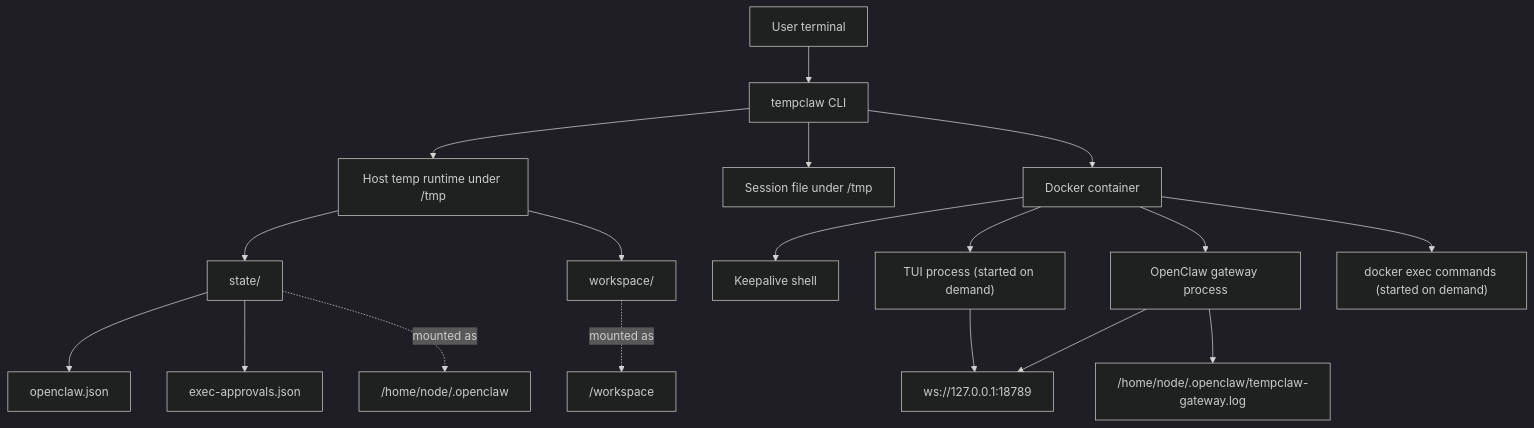
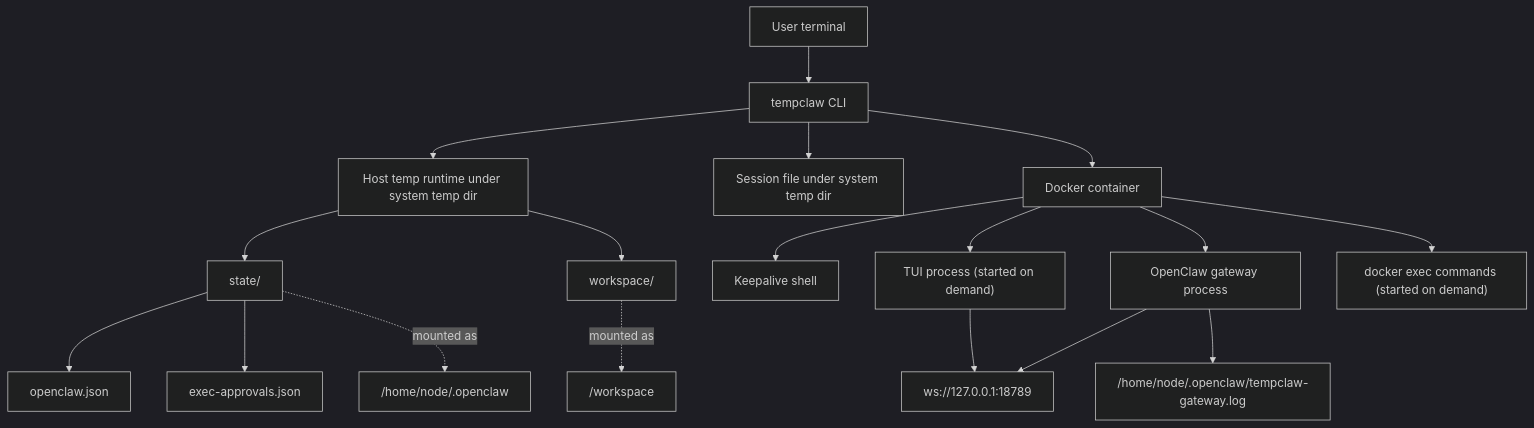
One commit to ziyincody/tempclaw changed the first of 2 diagrams in docs/persistent-sandbox-flow.md. Above: the diagram before and after it, drawn with Mermaid (dark theme). The commit also changed other lines of this file and 1 other file, not shown here.

Commit message:
Fix persistent flow doc review feedback

````diff
--- a/docs/persistent-sandbox-flow.md
+++ b/docs/persistent-sandbox-flow.md
@@ -28,23 +28,23 @@
 ```mermaid
 flowchart TD
     A["User terminal"] --> B["tempclaw CLI"]
-    B --> C["Host temp runtime under /tmp"]
-    B --> D["Session file under /tmp"]
+    B --> C["Host temp runtime under system temp dir"]
+    B --> D["Session file under system temp dir"]
     B --> E["Docker container"]
 
     C --> C1["state/"]
     C --> C2["workspace/"]
     C1 --> C3["openclaw.json"]
     C1 --> C4["exec-approvals.json"]
 
     E --> F["Keepalive shell"]
     E --> G["OpenClaw gateway process"]
     E --> H["TUI process (started on demand)"]
     E --> I["docker exec commands (started on demand)"]
 
     C1 -. mounted as .-> E1["/home/node/.openclaw"]
     C2 -. mounted as .-> E2["/workspace"]
     G --> G1["ws://127.0.0.1:18789"]
     G --> G2["/home/node/.openclaw/tempclaw-gateway.log"]
     H --> G1
 ```
````
